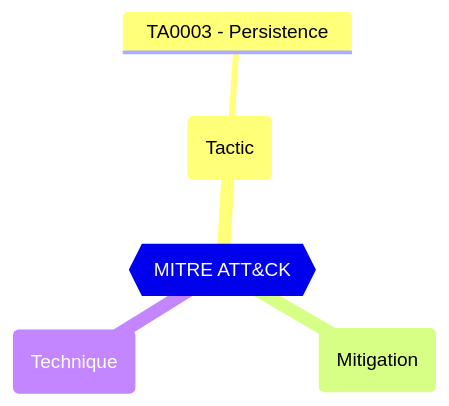
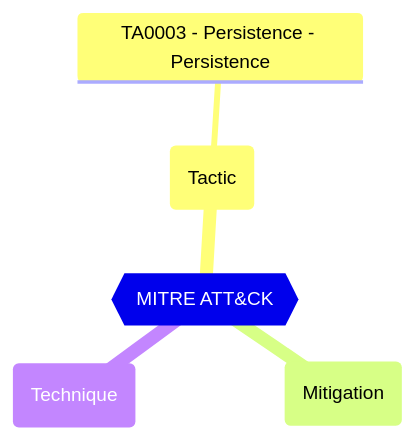
The diagram in docs/docs/tests/AADSC/AADSC.authorizationPolicy.allowInvitesFrom.md (maester365/maester), drawn with Mermaid before and after one commit. The commit also changed other lines of this file and 95 other files, not shown here.

````diff
--- a/docs/docs/tests/AADSC/AADSC.authorizationPolicy.allowInvitesFrom.md
+++ b/docs/docs/tests/AADSC/AADSC.authorizationPolicy.allowInvitesFrom.md
@@ -19,10 +31,10 @@
 ```mermaid
 mindmap
   root{{MITRE ATT&CK}}
     (Tactic)
-      TA0003 - Persistence
+      TA0003 - Persistence - Persistence
     (Mitigation)
 
     (Technique)
 
 ```
````
